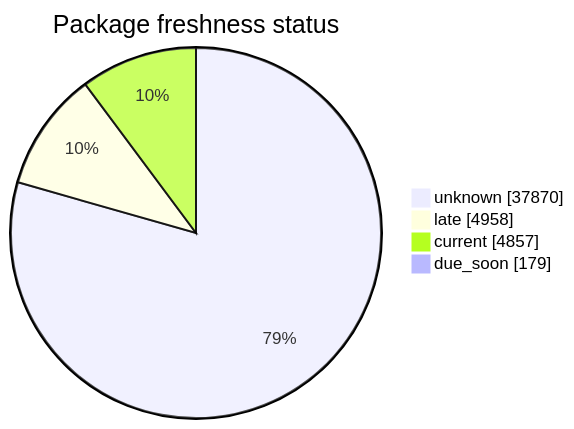
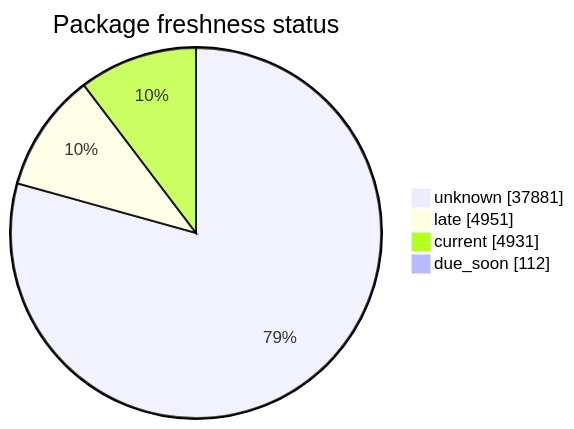
The second of 5 diagrams in FreshCheck/README.md (open-data/analytics-corporate-reporting), drawn with Mermaid before and after one commit. The commit also changed other lines of this file and 3 other files, not shown here.

````diff
--- a/FreshCheck/README.md
+++ b/FreshCheck/README.md
@@ -68,7 +68,7 @@
 ```mermaid
 pie showData title Package freshness status
-    "unknown": 37870
-    "late": 4958
-    "current": 4857
-    "due_soon": 179
+    "unknown": 37881
+    "late": 4951
+    "current": 4931
+    "due_soon": 112
 ```
````
